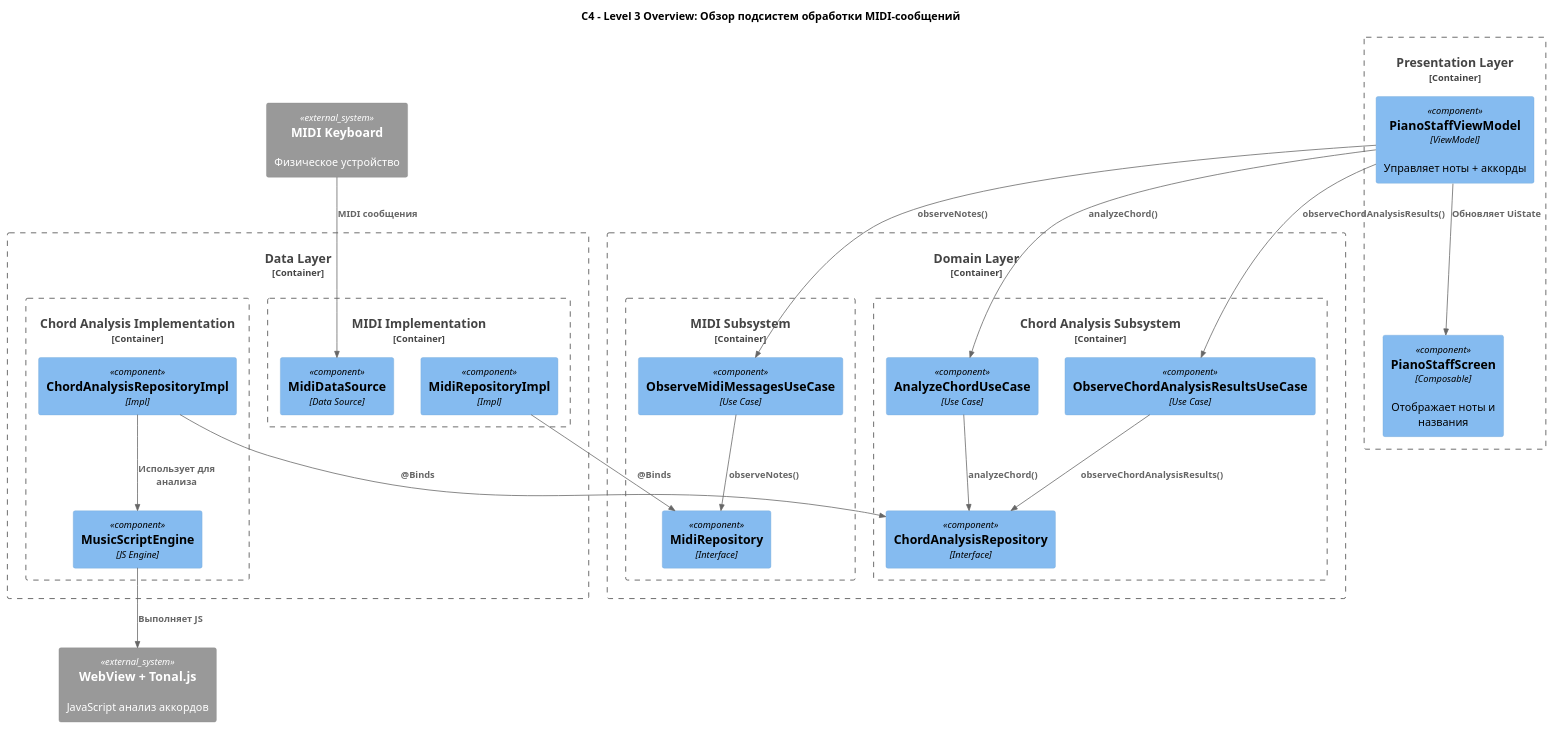
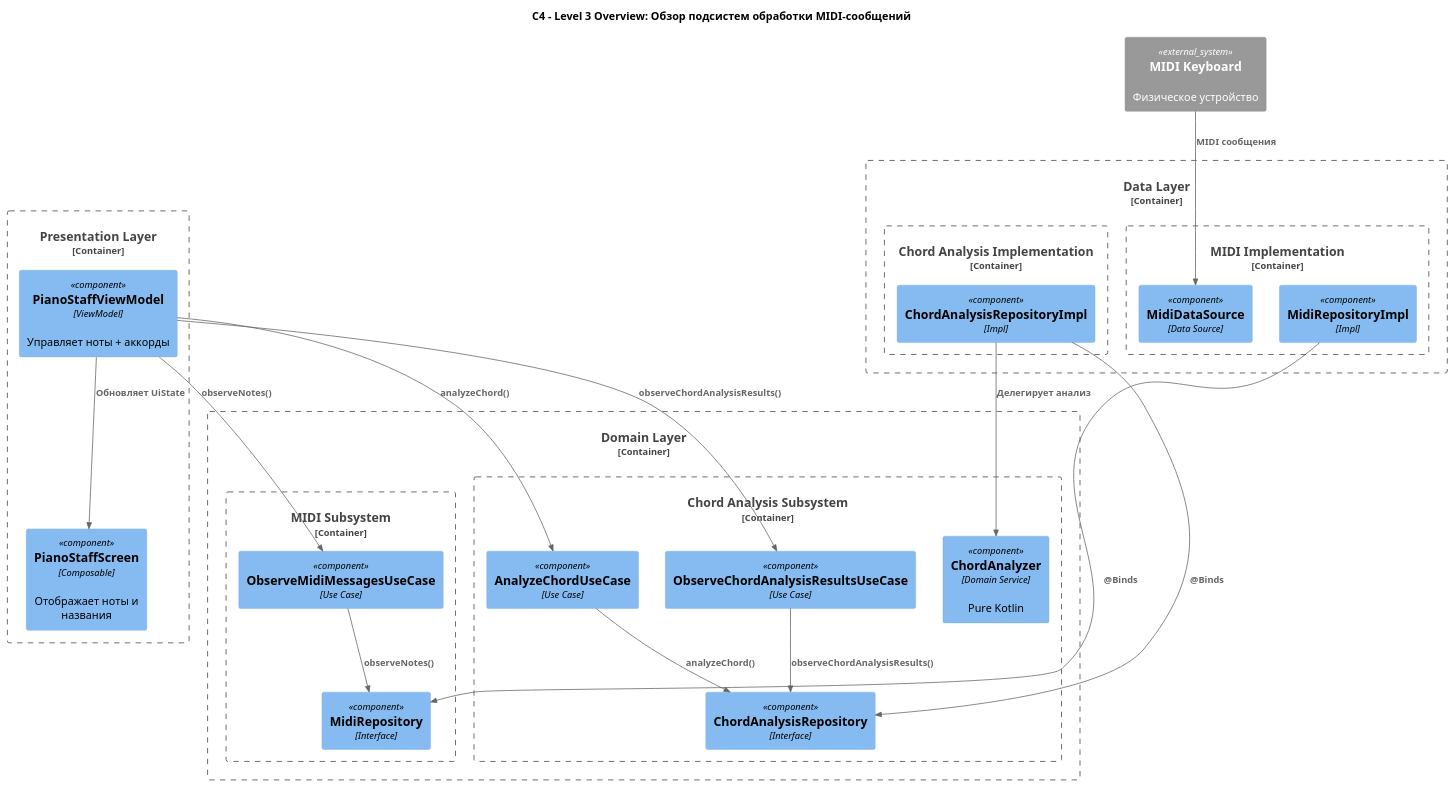
The first of 9 diagrams in docs/ru/specs/MIDI_MESSAGE_PROCESSING.md (astrizhachuk/PianoFlow), drawn with PlantUML before and after one commit. The commit also changed other lines of this file and 3 other files, not shown here.

First line of the commit message:
docs: add CHORD_ANALYSIS spec and update MIDI_MESSAGE_PROCESSING for native Kotlin analysis

````diff
--- a/docs/ru/specs/MIDI_MESSAGE_PROCESSING.md
+++ b/docs/ru/specs/MIDI_MESSAGE_PROCESSING.md
@@ -50,59 +49,57 @@
 ```plantuml
 @startuml
 !include https://raw.githubusercontent.com/plantuml-stdlib/C4-PlantUML/master/C4_Component.puml
 
 title C4 - Level 3 Overview: Обзор подсистем обработки MIDI-сообщений
 
 System_Ext(midi_device, "MIDI Keyboard", "Физическое устройство")
-System_Ext(webview_js, "WebView + Tonal.js", "JavaScript анализ аккордов")
 
 Container_Boundary(presentation, "Presentation Layer") {
     Component(vm, "PianoStaffViewModel", "ViewModel", "Управляет ноты + аккорды")
     Component(screen, "PianoStaffScreen", "Composable", "Отображает ноты и названия")
 }
 
 Container_Boundary(domain, "Domain Layer") {
     Container_Boundary(midi_subsystem, "MIDI Subsystem") {
         Component(observe_midi, "ObserveMidiMessagesUseCase", "Use Case", "")
         Component(midi_repo, "MidiRepository", "Interface", "")
     }
     
     Container_Boundary(chord_subsystem, "Chord Analysis Subsystem") {
         Component(analyze_chord, "AnalyzeChordUseCase", "Use Case", "")
         Component(observe_chord, "ObserveChordAnalysisResultsUseCase", "Use Case", "")
         Component(chord_repo, "ChordAnalysisRepository", "Interface", "")
+        Component(chord_analyzer, "ChordAnalyzer", "Domain Service", "Pure Kotlin")
     }
 }
 
 Container_Boundary(data, "Data Layer") {
     Container_Boundary(midi_impl, "MIDI Implementation") {
         Component(midi_repo_impl, "MidiRepositoryImpl", "Impl", "")
         Component(ds, "MidiDataSource", "Data Source", "")
     }
     
     Container_Boundary(chord_impl, "Chord Analysis Implementation") {
         Component(chord_repo_impl, "ChordAnalysisRepositoryImpl", "Impl", "")
-        Component(js_engine, "MusicScriptEngine", "JS Engine", "")
     }
 }
 
 ' Связи
 Rel(midi_device, ds, "MIDI сообщения")
-Rel(chord_repo_impl, js_engine, "Использует для анализа")
-Rel(js_engine, webview_js, "Выполняет JS")
+Rel(chord_repo_impl, chord_analyzer, "Делегирует анализ")
 
 Rel(vm, observe_midi, "observeNotes()")
 Rel(vm, analyze_chord, "analyzeChord()")
 Rel(vm, observe_chord, "observeChordAnalysisResults()")
 
 Rel(observe_midi, midi_repo, "observeNotes()")
 Rel(analyze_chord, chord_repo, "analyzeChord()")
 Rel(observe_chord, chord_repo, "observeChordAnalysisResults()")
 
 Rel(midi_repo_impl, midi_repo, "@Binds")
 Rel(chord_repo_impl, chord_repo, "@Binds")
 
 Rel(vm, screen, "Обновляет UiState")
 
 @enduml
 ```
````
